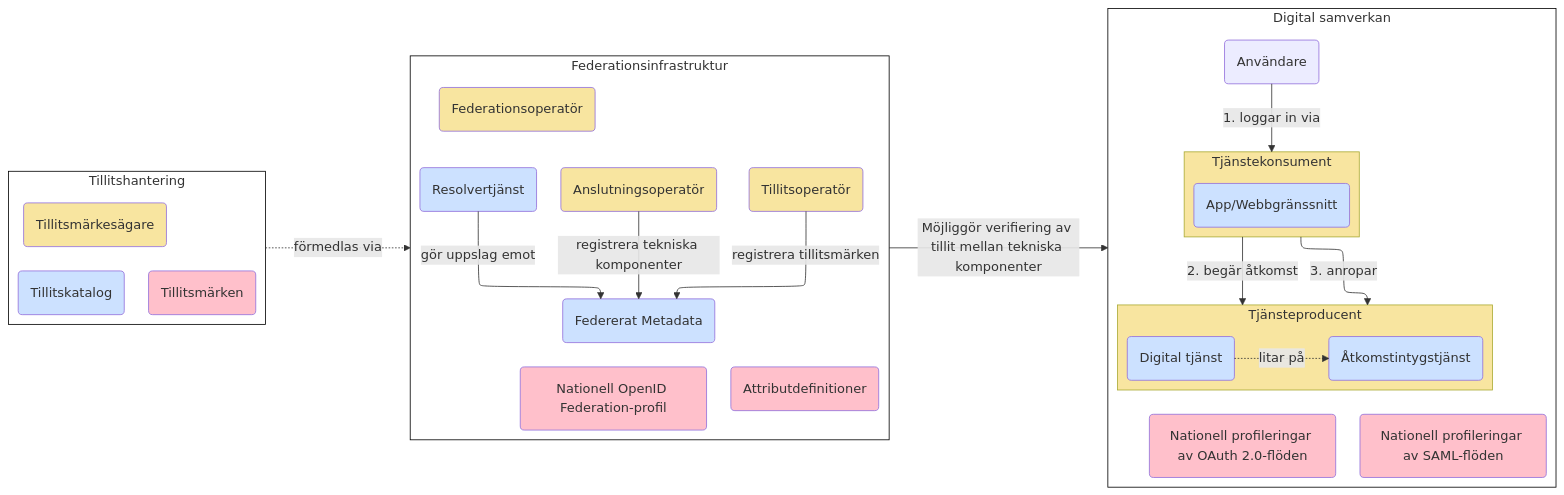
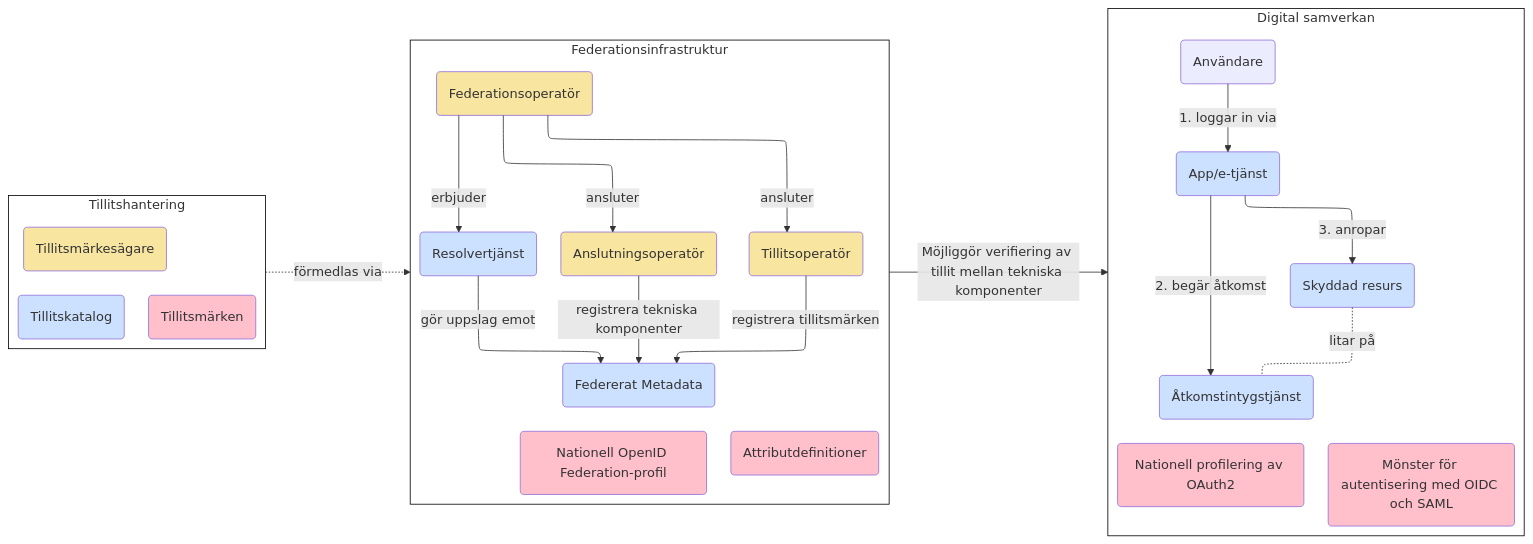
Before and after one commit to diggsweden/ena-authorization: the tenth of 10 diagrams in architecture/drafts/IAM_TargetArchitecture_Sweden.md, drawn with Mermaid.

Commit message:
uppdaterade digital samverkan med korrekt terminologi

````diff
--- a/architecture/drafts/IAM_TargetArchitecture_Sweden.md
+++ b/architecture/drafts/IAM_TargetArchitecture_Sweden.md
@@ -459,64 +459,61 @@
 ```mermaid
 %%{init: {"flowchart": {"defaultRenderer": "elk"}} }%%
 flowchart LR
 
 classDef org fill:#F8E5A0
 classDef comp fill:#CCE1FF
 classDef box fill:#ffffff,stroke:#000000
 classDef spec fill:#FFC0CB
 
 subgraph ds[Digital samverkan]
     direction TB
 
     u(Användare)
-    subgraph tk[Tjänstekonsument]
-        k(App/Webbgränssnitt):::comp
-    end
-    tk:::org
-    u --<p>1. loggar in via-->tk
+    k(App/e-tjänst):::comp
+    u --<p>1. loggar in via-->k
 
-    subgraph tp[Tjänsteproducent]
-        t(Digital tjänst)-.litar på.->as(Åtkomstintygstjänst)
-        t:::comp
-        as:::comp
-    end
-    tp:::org
-    oauth(Nationell profileringar av OAuth 2.0-flöden):::spec  
-    saml(Nationell profileringar av SAML-flöden):::spec  
+    t(Skyddad resurs):::comp
+    as(Åtkomstintygstjänst):::comp
+    t-.litar på.-as
 
-    tk--<p>3. anropar-->tp
-    tk--<p>2. begär åtkomst-->tp
-    tp ~~~ oauth & saml
+    oauth(Nationell profilering av OAuth2):::spec  
+    saml(Mönster för autentisering med OIDC och SAML):::spec  
+
+    k--<p>2. begär åtkomst-->as
+    k--<p>3. anropar-->t
+    as ~~~ oauth & saml
 end
 ds:::box
 
 subgraph fed[Federationsinfrastruktur]
     direction TB
     fa(Federationsoperatör):::org~~~r & op & tmop
+    fa --erbjuder-->r
+    fa--ansluter-->op & tmop
     r(Resolvertjänst):::comp
     op(Anslutningsoperatör):::org
     tmop(Tillitsoperatör):::org
     m(Federerat Metadata):::comp
     oidf(Nationell OpenID Federation-profil):::spec
     beh(Attributdefinitioner):::spec
 
     tmop--registrera tillitsmärken-->m
     op--registrera tekniska komponenter-->m
     r--gör uppslag emot -->m
     m~~~oidf & beh
 end
 fed:::box
 
 subgraph tillit[Tillitshantering]
     direction TB
     tmk(Tillitskatalog):::comp
     tm(Tillitsmärken):::spec
     tmä(Tillitsmärkesägare):::org
     tmä ~~~ tm & tmk
 end
 tillit:::box
 
 fed--Möjliggör verifiering av tillit mellan tekniska komponenter-->ds
 tillit-.förmedlas via.->fed
 
 ```
````
